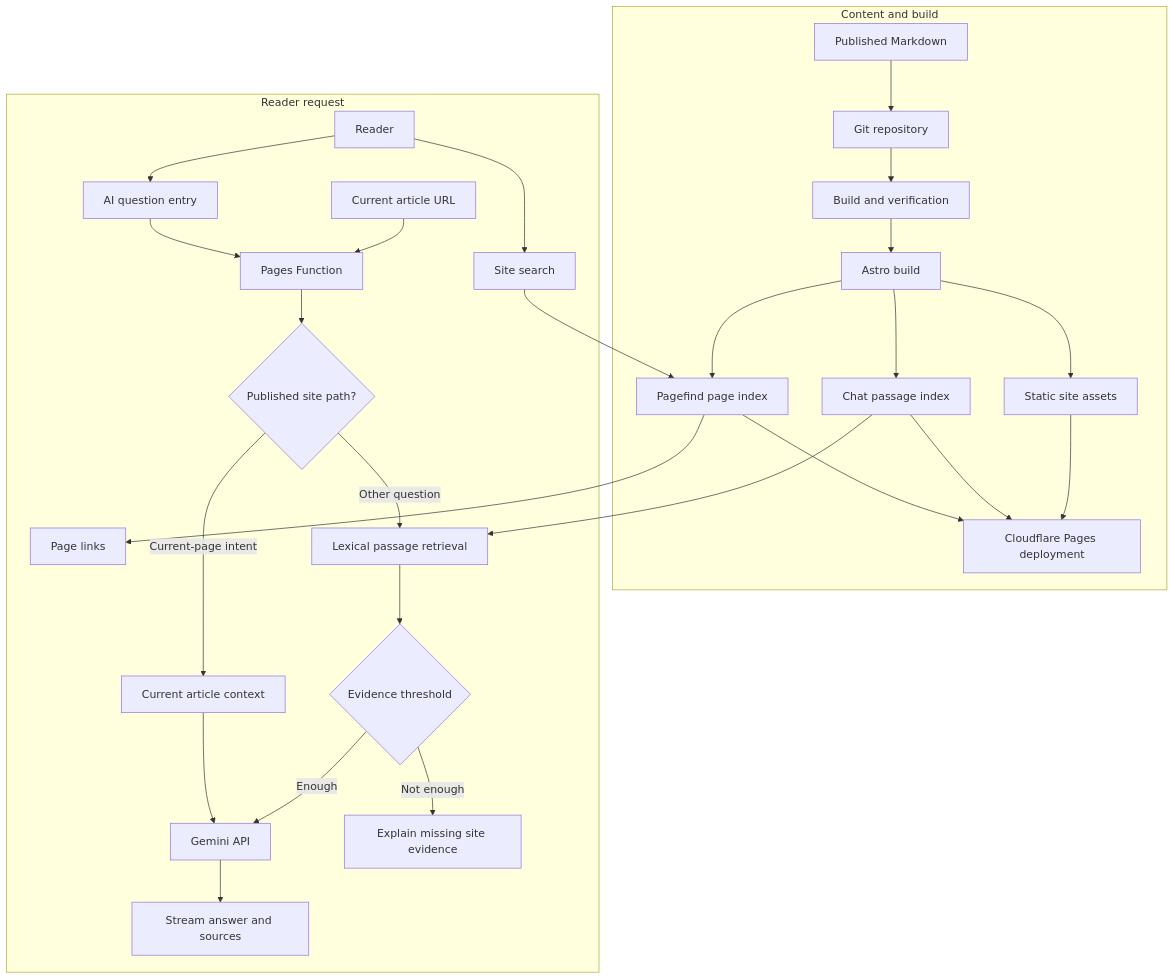
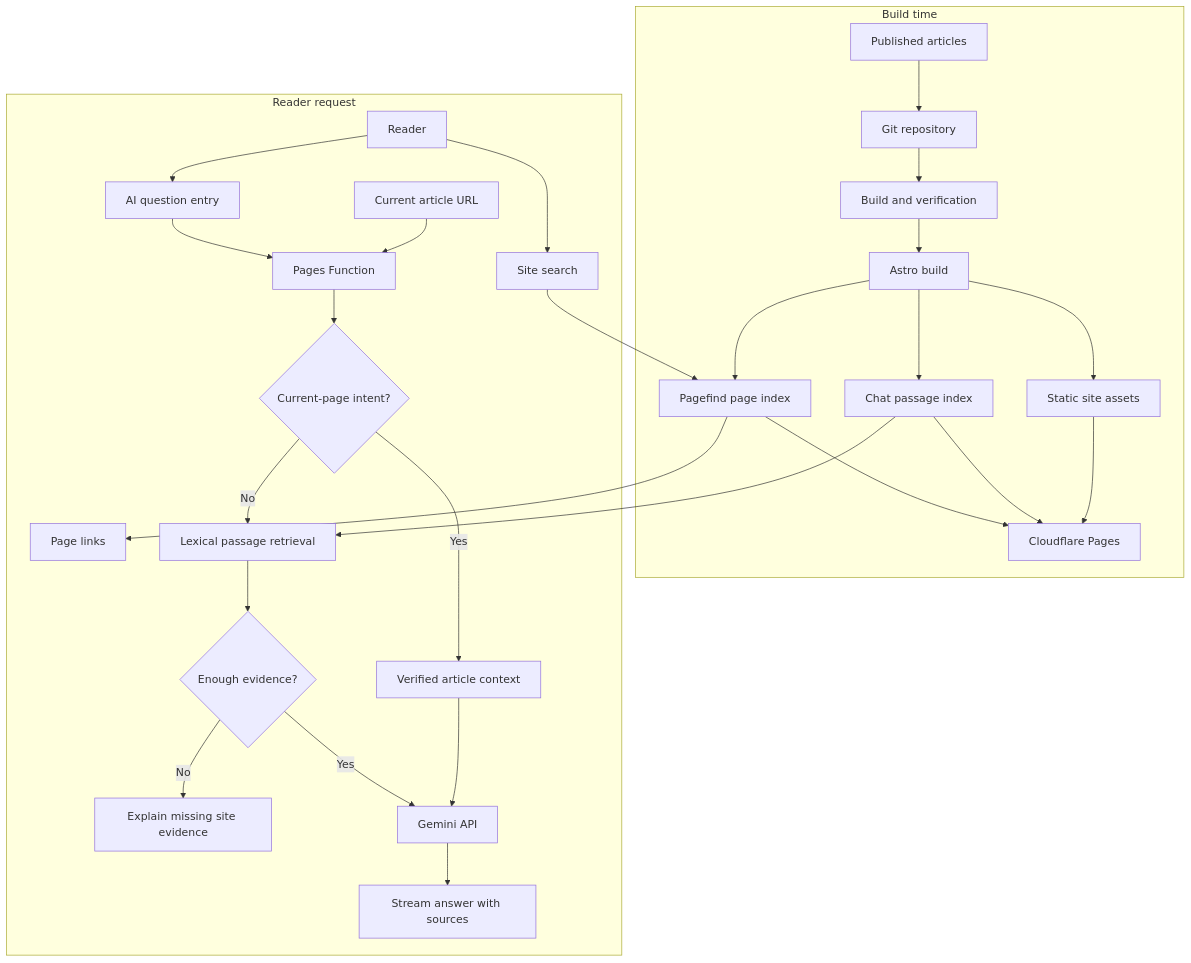
One commit to Liyuk/liyuk.github.io changed the first of 2 diagrams in src/content/writing/2026/10/blog-rag-retrieval-experiment/zh.md. Above: the diagram before and after it, drawn with Mermaid. The commit also changed other lines of this file, not shown here.

Commit message:
docs: sharpen RAG article engineering lessons

````diff
--- a/src/content/writing/2026/10/blog-rag-retrieval-experiment/zh.md
+++ b/src/content/writing/2026/10/blog-rag-retrieval-experiment/zh.md
@@ -98,32 +89,32 @@
 ```mermaid
 flowchart TB
-    subgraph Source["Content and build"]
-        Markdown["Published Markdown"] --> Git["Git repository"]
+    subgraph Build["Build time"]
+        Content["Published articles"] --> Git["Git repository"]
         Git --> CI["Build and verification"]
         CI --> Astro["Astro build"]
-        Astro --> PageIndex["Pagefind page index"]
-        Astro --> PassageIndex["Chat passage index"]
-        Astro --> PublicSite["Static site assets"]
-        PageIndex --> Pages["Cloudflare Pages deployment"]
-        PassageIndex --> Pages
-        PublicSite --> Pages
+        Astro --> SearchIndex["Pagefind page index"]
+        Astro --> ChatIndex["Chat passage index"]
+        Astro --> Site["Static site assets"]
+        SearchIndex --> Pages["Cloudflare Pages"]
+        ChatIndex --> Pages
+        Site --> Pages
     end
 
-    subgraph Runtime["Reader request"]
+    subgraph Request["Reader request"]
         Reader["Reader"] --> Search["Site search"]
-        Search --> PageIndex
-        PageIndex --> Results["Page links"]
+        Search --> SearchIndex
+        SearchIndex --> Links["Page links"]
         Reader --> Chat["AI question entry"]
         Chat --> Function["Pages Function"]
         CurrentURL["Current article URL"] --> Function
-        Function --> Validate{"Published site path?"}
-        Validate -->|"Current-page intent"| Context["Current article context"]
-        Validate -->|"Other question"| Retrieve["Lexical passage retrieval"]
-        PassageIndex --> Retrieve
-        Retrieve --> Gate{"Evidence threshold"}
-        Context --> Gemini["Gemini API"]
-        Gate -->|"Enough"| Gemini
-        Gate -->|"Not enough"| Fallback["Explain missing site evidence"]
-        Gemini --> Stream["Stream answer and sources"]
+        Function --> Scope{"Current-page intent?"}
+        Scope -->|"Yes"| Context["Verified article context"]
+        Scope -->|"No"| Retrieve["Lexical passage retrieval"]
+        ChatIndex --> Retrieve
+        Retrieve --> Evidence{"Enough evidence?"}
+        Evidence -->|"No"| Fallback["Explain missing site evidence"]
+        Evidence -->|"Yes"| Gemini["Gemini API"]
+        Context --> Gemini
+        Gemini --> Answer["Stream answer with sources"]
     end
 ```
````
